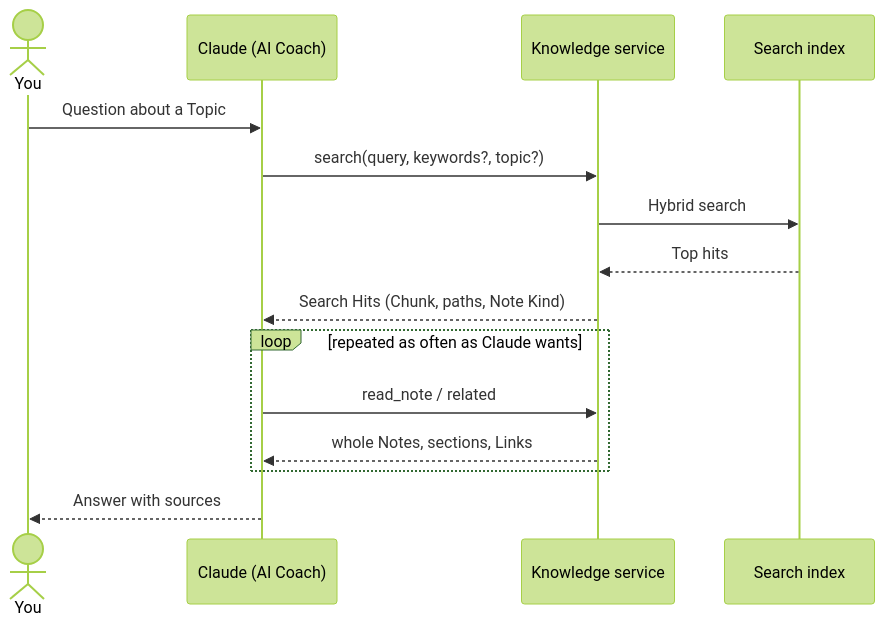
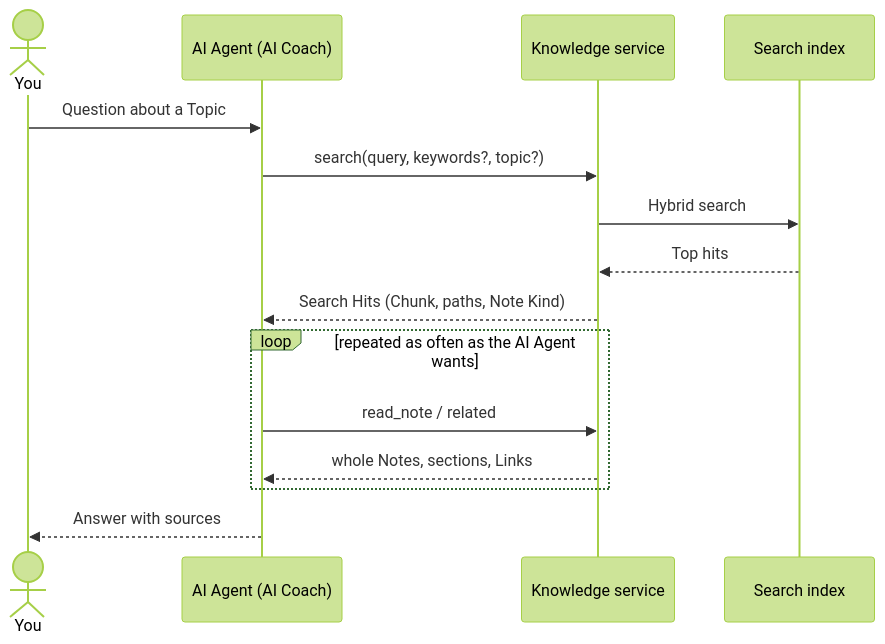
The second of 3 diagrams in docs/architecture.md (Luca-Blum/obsidian-knowledge-mcp), drawn with Mermaid (forest theme) before and after one commit. The commit also changed other lines of this file and 14 other files, not shown here.

Commit message:
Call the client the AI Agent instead of Claude

````diff
--- a/docs/architecture.md
+++ b/docs/architecture.md
@@ -147,17 +147,17 @@
 ```mermaid
 sequenceDiagram
     actor You
-    participant Claude as Claude (AI Coach)
+    participant Agent as AI Agent (AI Coach)
     participant KS as Knowledge service
     participant Index as Search index
-    You->>Claude: Question about a Topic
-    Claude->>KS: search(query, keywords?, topic?)
+    You->>Agent: Question about a Topic
+    Agent->>KS: search(query, keywords?, topic?)
     KS->>Index: Hybrid search
     Index-->>KS: Top hits
-    KS-->>Claude: Search Hits (Chunk, paths, Note Kind)
-    loop repeated as often as Claude wants
-        Claude->>KS: read_note / related
-        KS-->>Claude: whole Notes, sections, Links
+    KS-->>Agent: Search Hits (Chunk, paths, Note Kind)
+    loop repeated as often as the AI Agent wants
+        Agent->>KS: read_note / related
+        KS-->>Agent: whole Notes, sections, Links
     end
-    Claude-->>You: Answer with sources
+    Agent-->>You: Answer with sources
 ```
````
